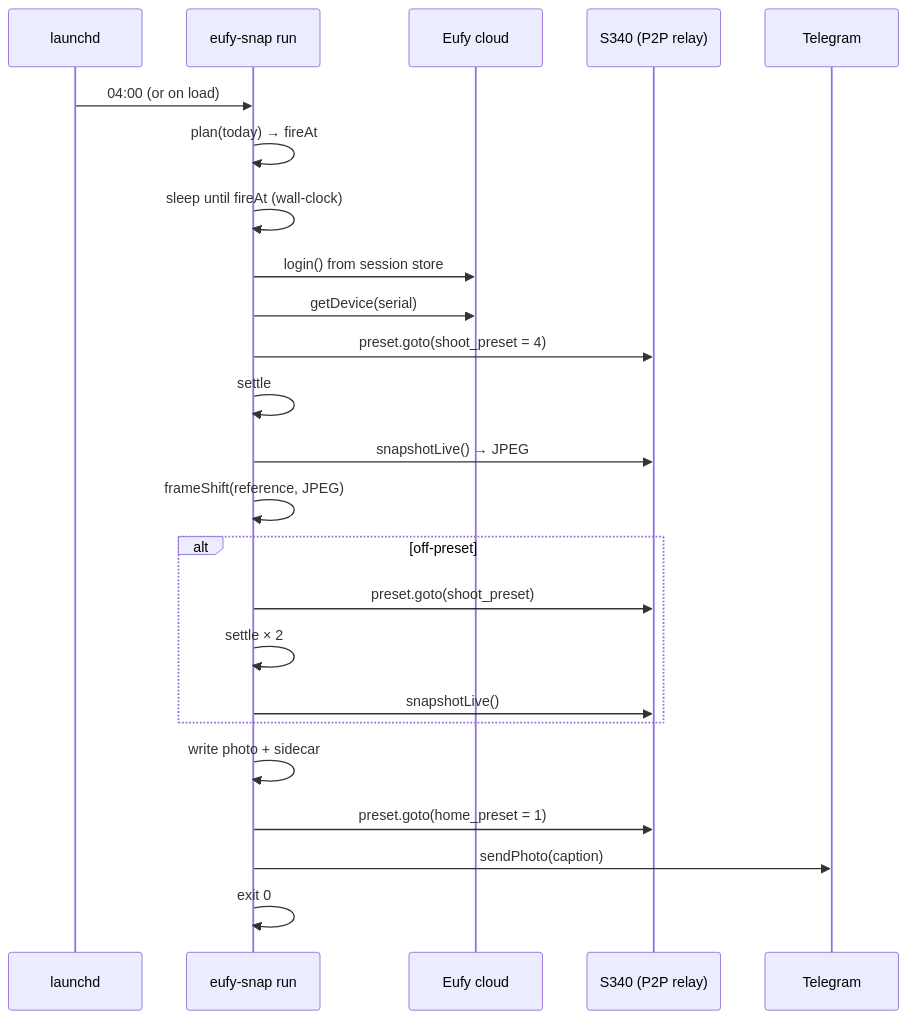
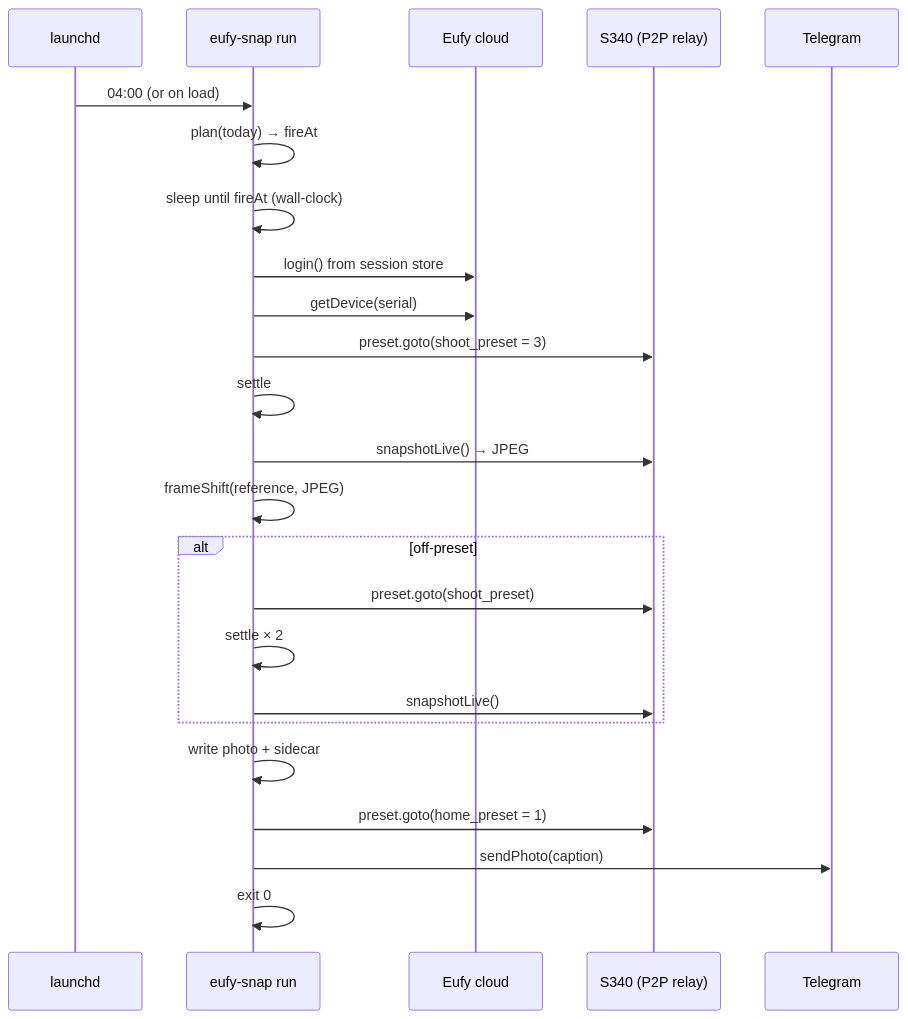
One commit to atiannicelli/eufy-snap changed the second of 2 diagrams in docs/DESIGN.md. Above: the diagram before and after it, drawn with Mermaid. The commit also changed other lines of this file and 19 other files, not shown here.

````diff
--- a/docs/DESIGN.md
+++ b/docs/DESIGN.md
@@ -85,27 +86,27 @@
 ```mermaid
 sequenceDiagram
     participant L as launchd
     participant R as eufy-snap run
     participant C as Eufy cloud
     participant K as S340 (P2P relay)
     participant T as Telegram
 
     L->>R: 04:00 (or on load)
     R->>R: plan(today) → fireAt
     R->>R: sleep until fireAt (wall-clock)
     R->>C: login() from session store
     R->>C: getDevice(serial)
-    R->>K: preset.goto(shoot_preset = 4)
+    R->>K: preset.goto(shoot_preset = 3)
     R->>R: settle
     R->>K: snapshotLive() → JPEG
     R->>R: frameShift(reference, JPEG)
     alt off-preset
         R->>K: preset.goto(shoot_preset)
         R->>R: settle × 2
         R->>K: snapshotLive()
     end
     R->>R: write photo + sidecar
     R->>K: preset.goto(home_preset = 1)
     R->>T: sendPhoto(caption)
     R->>R: exit 0
 ```
````
